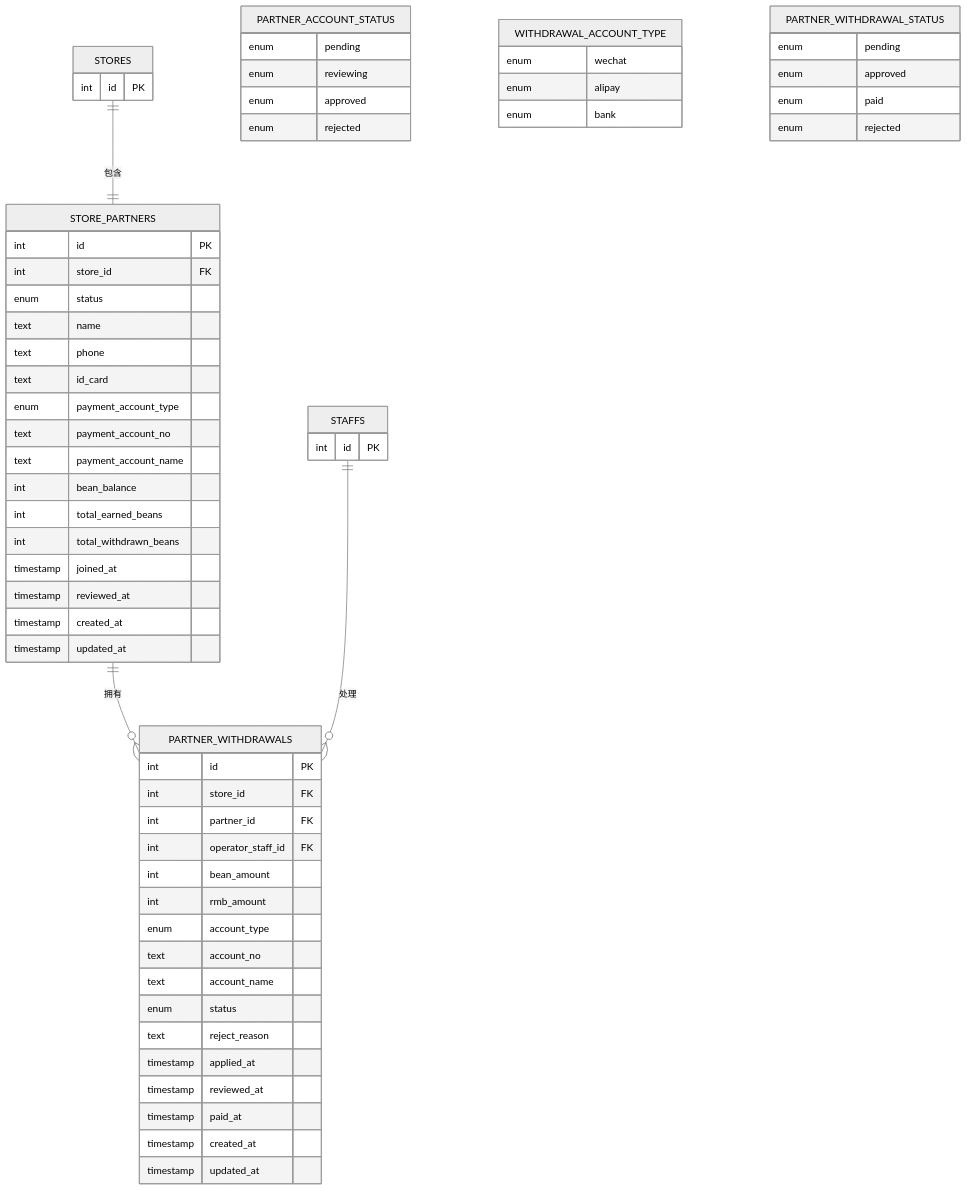
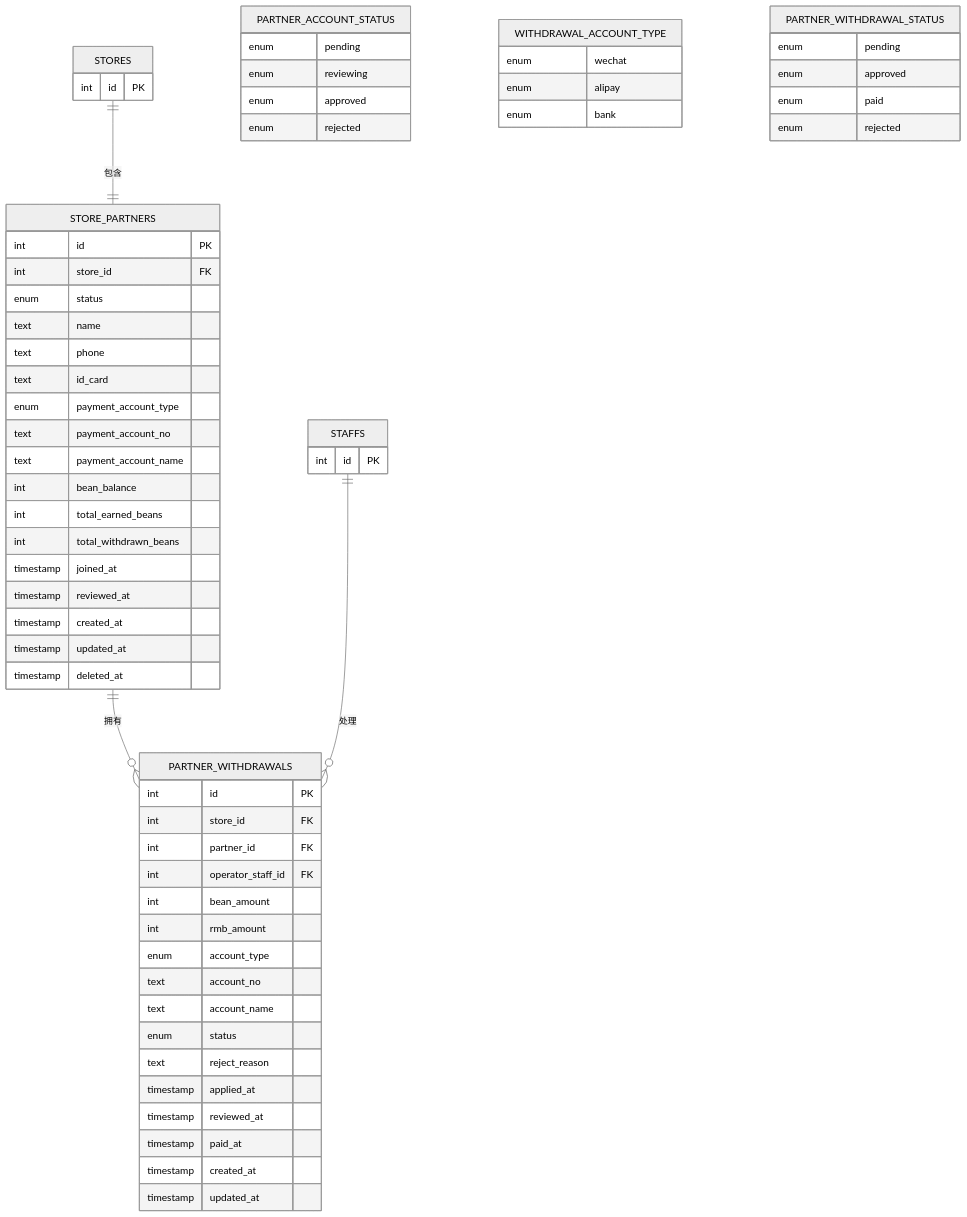
One commit to rc558620/purelyprofit-server changed diagram 13 of 15 in .qoder/repowiki/zh/content/数据库设计/数据库架构概览.md. Above: the diagram before and after it, drawn with Mermaid (neutral theme). The commit also changed other lines of this file and 25 other files, not shown here.

````diff
--- a/.qoder/repowiki/zh/content/数据库设计/数据库架构概览.md
+++ b/.qoder/repowiki/zh/content/数据库设计/数据库架构概览.md
@@ -378,65 +615,66 @@
 ```mermaid
 erDiagram
 STORE_PARTNERS {
 int id PK
 int store_id FK
 enum status
 text name
 text phone
 text id_card
 enum payment_account_type
 text payment_account_no
 text payment_account_name
 int bean_balance
 int total_earned_beans
 int total_withdrawn_beans
 timestamp joined_at
 timestamp reviewed_at
 timestamp created_at
 timestamp updated_at
+timestamp deleted_at
 }
 PARTNER_WITHDRAWALS {
 int id PK
 int store_id FK
 int partner_id FK
 int operator_staff_id FK
 int bean_amount
 int rmb_amount
 enum account_type
 text account_no
 text account_name
 enum status
 text reject_reason
 timestamp applied_at
 timestamp reviewed_at
 timestamp paid_at
 timestamp created_at
 timestamp updated_at
 }
 STORES {
 int id PK
 }
 STAFFS {
 int id PK
 }
 PARTNER_ACCOUNT_STATUS {
 enum pending
 enum reviewing
 enum approved
 enum rejected
 }
 WITHDRAWAL_ACCOUNT_TYPE {
 enum wechat
 enum alipay
 enum bank
 }
 PARTNER_WITHDRAWAL_STATUS {
 enum pending
 enum approved
 enum paid
 enum rejected
 }
 STORE_PARTNERS ||--o{ PARTNER_WITHDRAWALS : "拥有"
 STORES ||--|| STORE_PARTNERS : "包含"
 STAFFS ||--o{ PARTNER_WITHDRAWALS : "处理"
 ```
````
